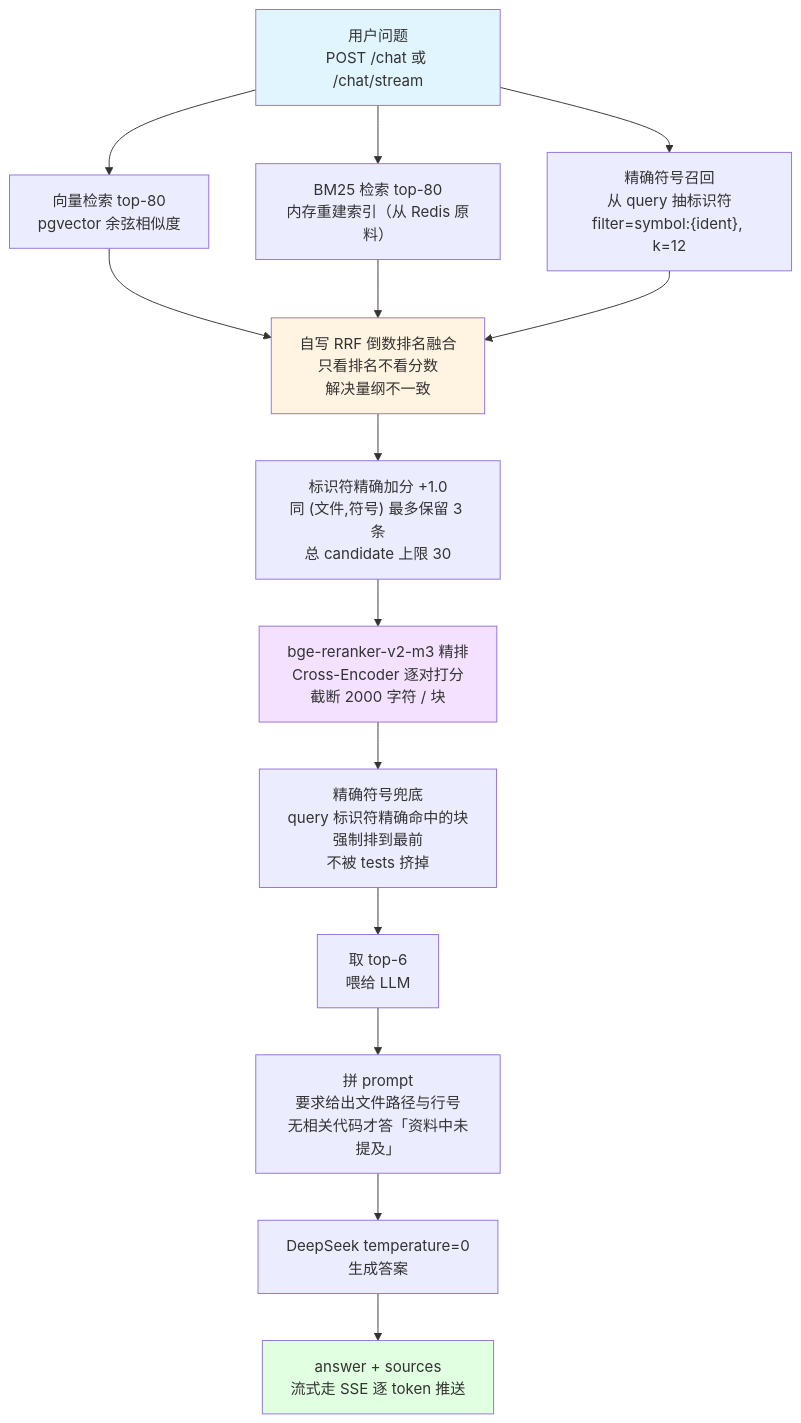
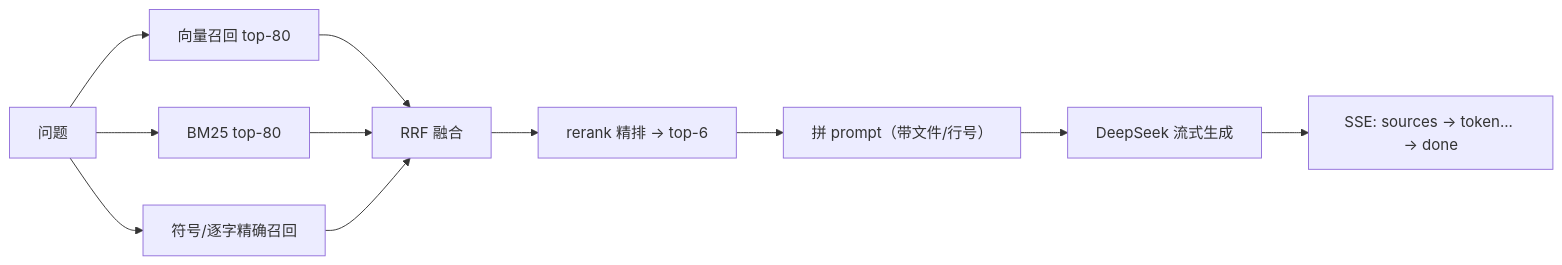
Before and after one commit to Ztdeary/RepoTalk: the diagram in README.md, drawn with Mermaid. The commit also changed other lines of this file and 26 other files, not shown here.

````diff
--- a/README.md
+++ b/README.md
@@ -36,23 +36,13 @@
 ```mermaid
-flowchart TD
-    Q["用户问题<br/>POST /chat 或 /chat/stream"] --> V["向量检索 top-80<br/>pgvector 余弦相似度"]
-    Q --> BM["BM25 检索 top-80<br/>内存重建索引（从 Redis 原料）"]
-    Q --> EX["精确符号召回<br/>从 query 抽标识符<br/>filter=symbol:{ident}, k=12"]
-
-    V --> F["自写 RRF 倒数排名融合<br/>只看排名不看分数<br/>解决量纲不一致"]
-    BM --> F
-    EX --> F
-
-    F --> BST["标识符精确加分 +1.0<br/>同 (文件,符号) 最多保留 3 条<br/>总 candidate 上限 30"]
-    BST --> RK["bge-reranker-v2-m3 精排<br/>Cross-Encoder 逐对打分<br/>截断 2000 字符 / 块"]
-    RK --> GD["精确符号兜底<br/>query 标识符精确命中的块<br/>强制排到最前<br/>不被 tests 挤掉"]
-    GD --> TOP["取 top-6<br/>喂给 LLM"]
-    TOP --> PR["拼 prompt<br/>要求给出文件路径与行号<br/>无相关代码才答「资料中未提及」"]
-    PR --> LLM["DeepSeek temperature=0<br/>生成答案"]
-    LLM --> OUT["answer + sources<br/>流式走 SSE 逐 token 推送"]
-
-    style Q fill:#e1f5ff
-    style F fill:#fff3e1
-    style RK fill:#f3e1ff
-    style OUT fill:#e1ffe1
+flowchart LR
+    Q["问题"] --> V["向量召回 top-80"]
+    Q --> B["BM25 top-80"]
+    Q --> S["符号/逐字精确召回"]
+    V --> R["RRF 融合"]
+    B --> R
+    S --> R
+    R --> K["rerank 精排 → top-6"]
+    K --> P["拼 prompt（带文件/行号）"]
+    P --> L["DeepSeek 流式生成"]
+    L --> O["SSE: sources → token... → done"]
 ```
````
